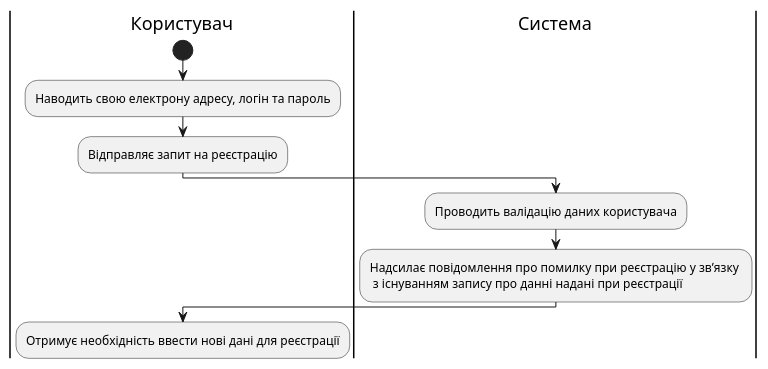
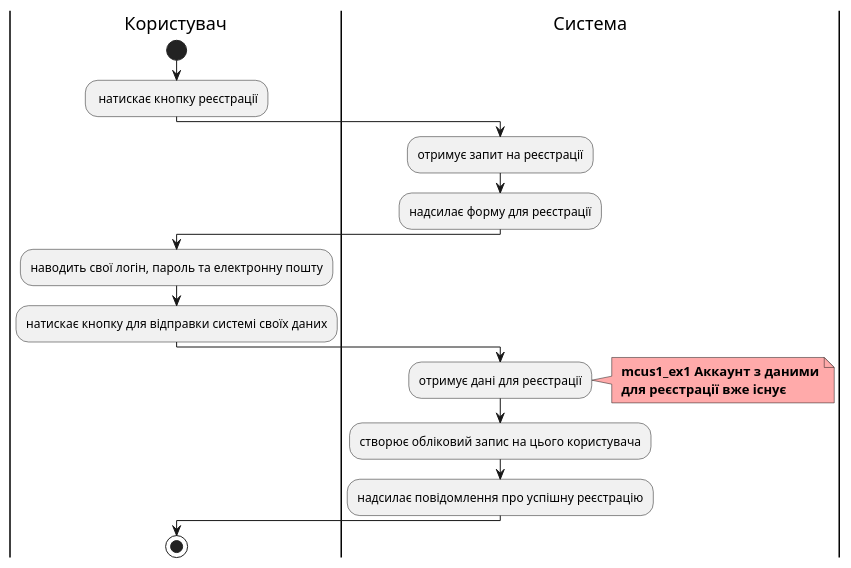
One commit to ukioxz/media-content-analyzing-system changed the second of 9 diagrams in docs/use cases/README.md. Above: the diagram before and after it, drawn with PlantUML. The commit also changed other lines of this file and 2 other files, not shown here.

```diff
--- a/docs/use cases/README.md
+++ b/docs/use cases/README.md
@@ -110,21 +58,23 @@
 @startuml
 
 |Користувач|
-
 start
-
-:Наводить свою електрону адресу, логін та пароль;
-
-:Відправляє запит на реєстрацію;
-
-|#AntiqueWhite|Система
-
-:Проводить валідацію даних користувача;
-
-:Надсилає повідомлення про помилку при реєстрацію у звʼязку \n з існуванням запису про данні надані при реєстрації;
-
+: натискає кнопку реєстрації;
+|Система|
+:отримує запит на реєстрації;
+:надсилає форму для реєстрації;
+|Користувач| 
+:наводить свої логін, пароль та електронну пошту;
+:натискає кнопку для відправки системі своїх даних;
+|Система| 
+:отримує дані для реєстрації;
+note right #ffaaaa
+<b> mcus1_ex1 Аккаунт з даними
+<b> для реєстрації вже існує
+end note
+:створює обліковий запис на цього користувача;
+:надсилає повідомлення про успішну реєстрацію;
 |Користувач|
-
-:Отримує необхідність ввести нові дані для реєстрації;
+stop
 
 @enduml
```
